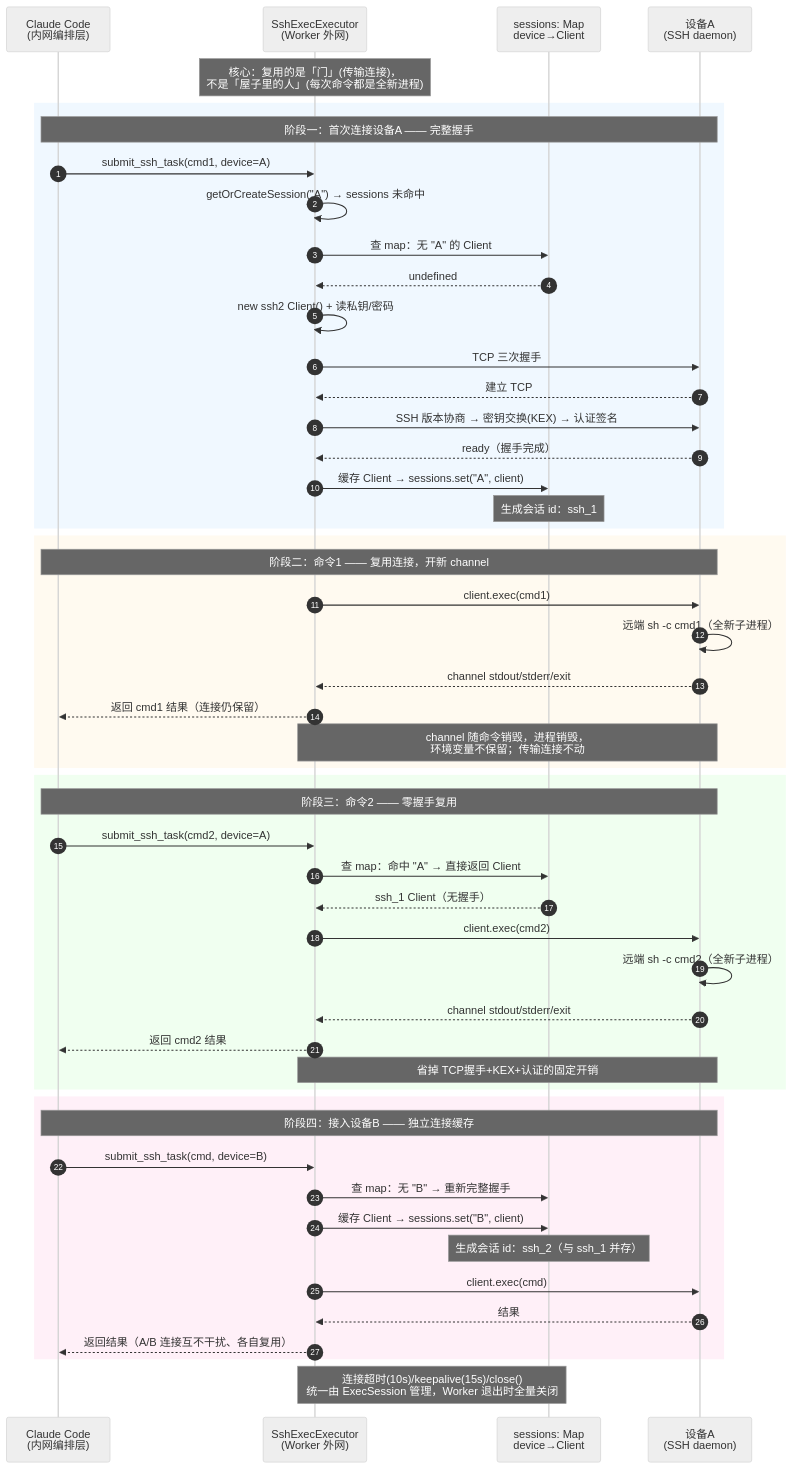
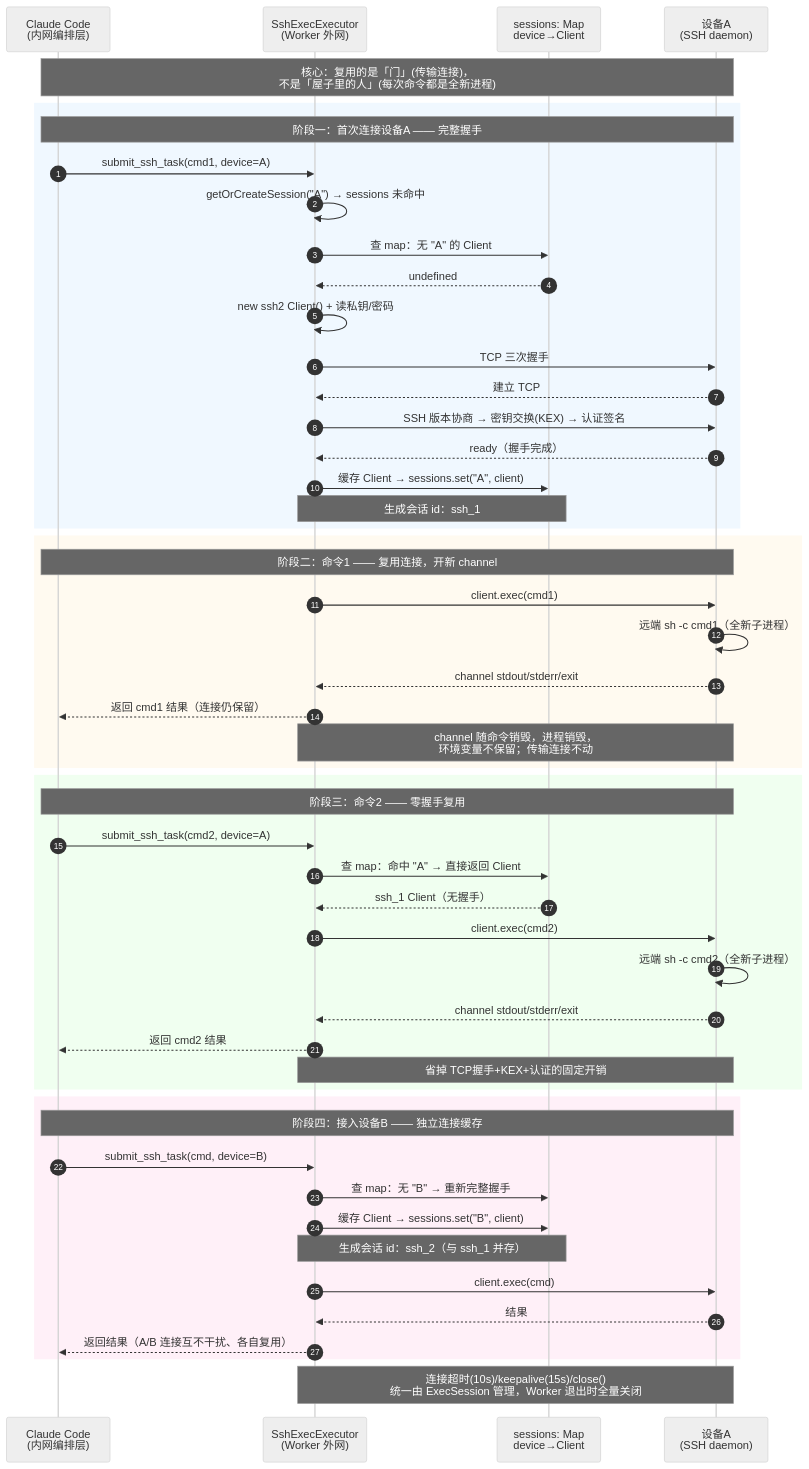
Before and after one commit to smk-h/isolate-bridge: the diagram in docs/msgferry-bridge-architecture/ssh-connection-reuse-sequence.mmd, drawn with Mermaid (neutral theme). The commit also changed 8 other files, not shown here.

```diff
--- a/docs/msgferry-bridge-architecture/ssh-connection-reuse-sequence.mmd
+++ b/docs/msgferry-bridge-architecture/ssh-connection-reuse-sequence.mmd
@@ -1,57 +1,57 @@
 sequenceDiagram
     autonumber
     participant AI as Claude Code<br/>(内网编排层)
     participant W as SshExecExecutor<br/>(Worker 外网)
     participant M as sessions: Map<br/>device→Client
     participant A as 设备A<br/>(SSH daemon)
 
-    Note over W: 核心：复用的是「门」(传输连接)，<br/>不是「屋子里的人」(每次命令都是全新进程)
+    Note over AI,A: 核心：复用的是「门」(传输连接)，<br/>不是「屋子里的人」(每次命令都是全新进程)
 
     rect rgb(240, 248, 255)
     Note over AI,A: 阶段一：首次连接设备A —— 完整握手
     AI->>W: submit_ssh_task(cmd1, device=A)
     W->>W: getOrCreateSession("A") → sessions 未命中
     W->>M: 查 map：无 "A" 的 Client
     M-->>W: undefined
     W->>W: new ssh2 Client() + 读私钥/密码
     W->>A: TCP 三次握手
     A-->>W: 建立 TCP
     W->>A: SSH 版本协商 → 密钥交换(KEX) → 认证签名
     A-->>W: ready（握手完成）
     W->>M: 缓存 Client → sessions.set("A", client)
-    Note over M: 生成会话 id：ssh_1
+    Note over W,M: 生成会话 id：ssh_1
     end
 
     rect rgb(255, 250, 240)
     Note over AI,A: 阶段二：命令1 —— 复用连接，开新 channel
     W->>A: client.exec(cmd1)  # 在已握手连接上开 exec channel
     A->>A: 远端 sh -c cmd1（全新子进程）
     A-->>W: channel stdout/stderr/exit
     W-->>AI: 返回 cmd1 结果（连接仍保留）
     Note over W,A: channel 随命令销毁，进程销毁，<br/>环境变量不保留；传输连接不动
     end
 
     rect rgb(240, 255, 240)
     Note over AI,A: 阶段三：命令2 —— 零握手复用
     AI->>W: submit_ssh_task(cmd2, device=A)
     W->>M: 查 map：命中 "A" → 直接返回 Client
     M-->>W: ssh_1 Client（无握手）
     W->>A: client.exec(cmd2)  # 新 channel，新进程
     A->>A: 远端 sh -c cmd2（全新子进程）
     A-->>W: channel stdout/stderr/exit
     W-->>AI: 返回 cmd2 结果
     Note over W,A: 省掉 TCP握手+KEX+认证的固定开销
     end
 
     rect rgb(255, 240, 248)
     Note over AI,A: 阶段四：接入设备B —— 独立连接缓存
     AI->>W: submit_ssh_task(cmd, device=B)
     W->>M: 查 map：无 "B" → 重新完整握手
     W->>M: 缓存 Client → sessions.set("B", client)
-    Note over M: 生成会话 id：ssh_2（与 ssh_1 并存）
+    Note over W,M: 生成会话 id：ssh_2（与 ssh_1 并存）
     W->>A: client.exec(cmd)  # 在 B 的连接上执行
     A-->>W: 结果
     W-->>AI: 返回结果（A/B 连接互不干扰、各自复用）
     end
 
-    Note over W,M: 连接超时(10s)/keepalive(15s)/close()<br/>统一由 ExecSession 管理，Worker 退出时全量关闭
+    Note over W,A: 连接超时(10s)/keepalive(15s)/close()<br/>统一由 ExecSession 管理，Worker 退出时全量关闭
```
